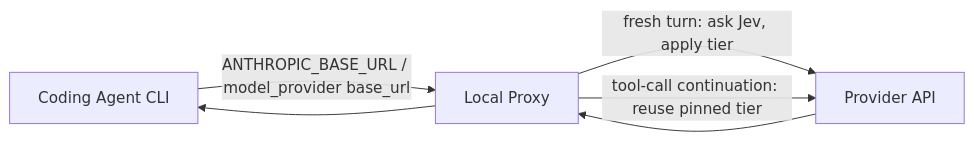
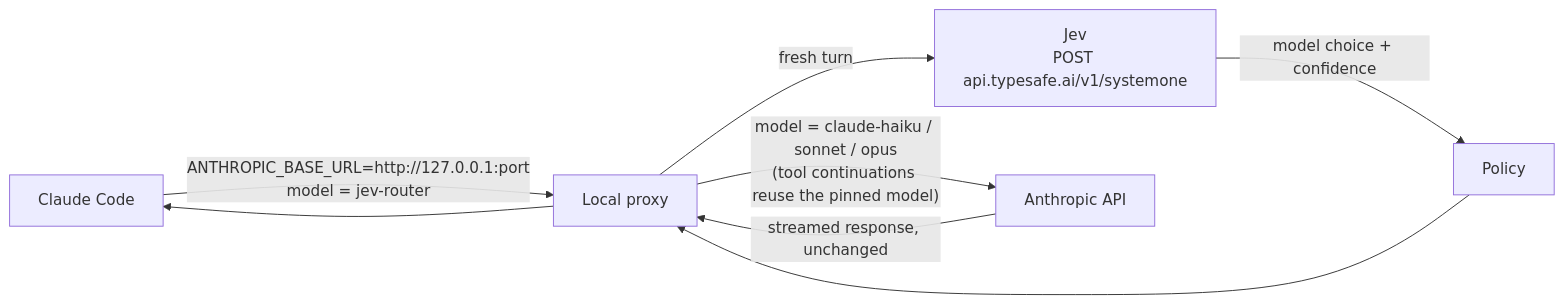
Before and after one commit to himanshu231204/jev_model_routers: the diagram in ARCHITECTURE.md, drawn with Mermaid. The commit also changed other lines of this file and 13 other files, not shown here.

First line of the commit message:
docs: describe jev_router_live as the whole project

````diff
--- a/ARCHITECTURE.md
+++ b/ARCHITECTURE.md
@@ -234,7 +30,9 @@
 ```mermaid
 flowchart LR
-    A[Coding Agent CLI] -->|ANTHROPIC_BASE_URL / model_provider base_url| B[Local Proxy]
-    B -->|fresh turn: ask Jev, apply tier| C[Provider API]
-    B -->|tool-call continuation: reuse pinned tier| C
-    C --> B --> A
+    A[Claude Code] -->|"ANTHROPIC_BASE_URL=http://127.0.0.1:port<br/>model = jev-router"| B[Local proxy]
+    B -->|"fresh turn"| J["Jev<br/>POST api.typesafe.ai/v1/systemone"]
+    J -->|"model choice + confidence"| P[Policy]
+    P --> B
+    B -->|"model = claude-haiku / sonnet / opus<br/>(tool continuations reuse the pinned model)"| C[Anthropic API]
+    C -->|"streamed response, unchanged"| B --> A
 ```
````
